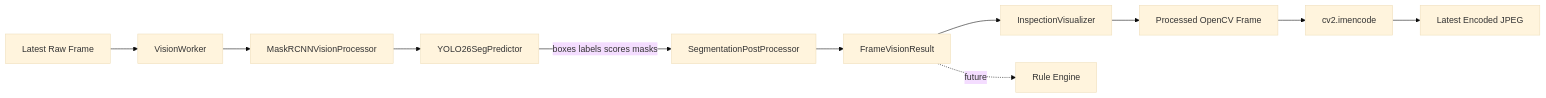
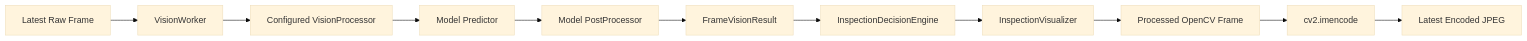
Before and after one commit to sungone/vision_final_project: the third of 11 diagrams in docs/BACKEND_APP_STRUCTURE.md, drawn with Mermaid (base theme). The commit also changed other lines of this file and 31 other files, not shown here.

````diff
--- a/docs/BACKEND_APP_STRUCTURE.md
+++ b/docs/BACKEND_APP_STRUCTURE.md
@@ -83,14 +81,13 @@
 ```mermaid
 flowchart LR
     RAW[Latest Raw Frame] --> WORKER[VisionWorker]
-    WORKER --> PROCESSOR[MaskRCNNVisionProcessor]
-    PROCESSOR --> PREDICTOR[YOLO26SegPredictor]
-    PREDICTOR -->|boxes labels scores masks| POST[SegmentationPostProcessor]
+    WORKER --> PROCESSOR[Configured VisionProcessor]
+    PROCESSOR --> PREDICTOR[Model Predictor]
+    PREDICTOR --> POST[Model PostProcessor]
     POST --> RESULT[FrameVisionResult]
-    RESULT --> VIS[InspectionVisualizer]
+    RESULT --> RULE[InspectionDecisionEngine]
+    RULE --> VIS[InspectionVisualizer]
     VIS --> FRAME[Processed OpenCV Frame]
     FRAME --> JPEG[cv2.imencode]
     JPEG --> BUFFER[Latest Encoded JPEG]
-
-    RESULT -. future .-> RULE[Rule Engine]
 ```
````
